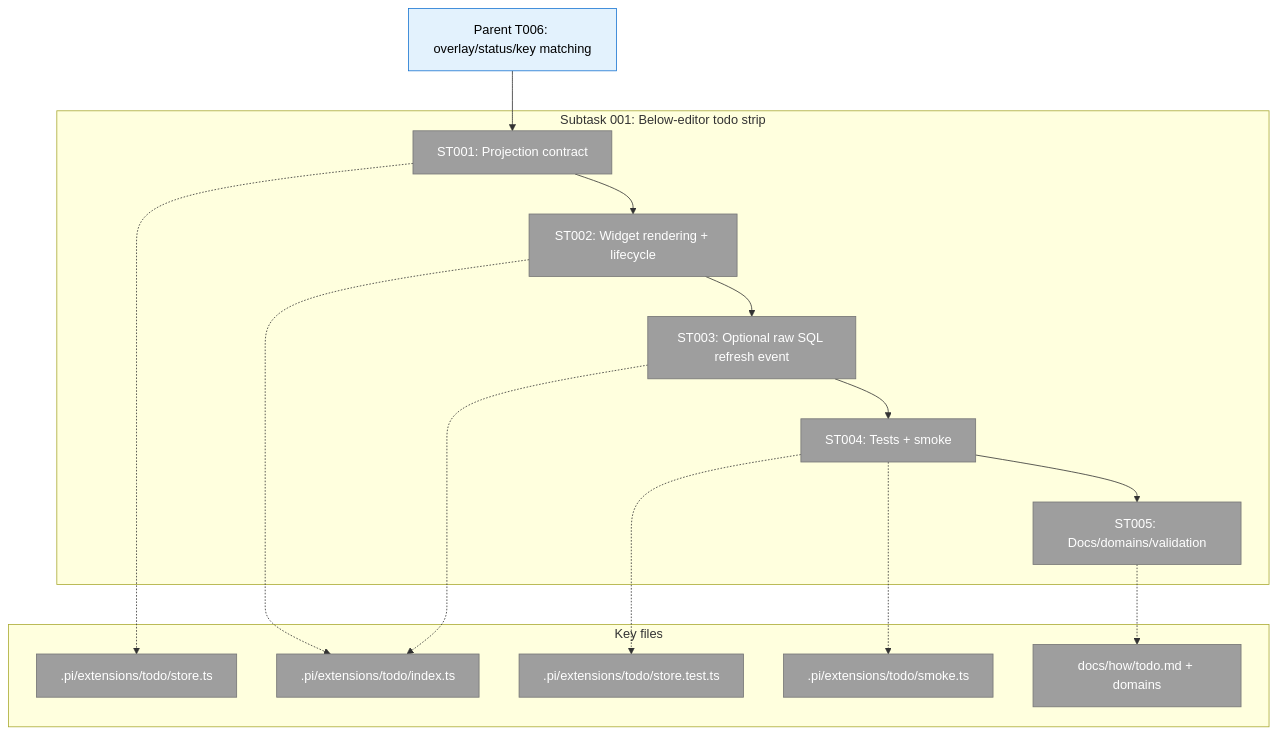
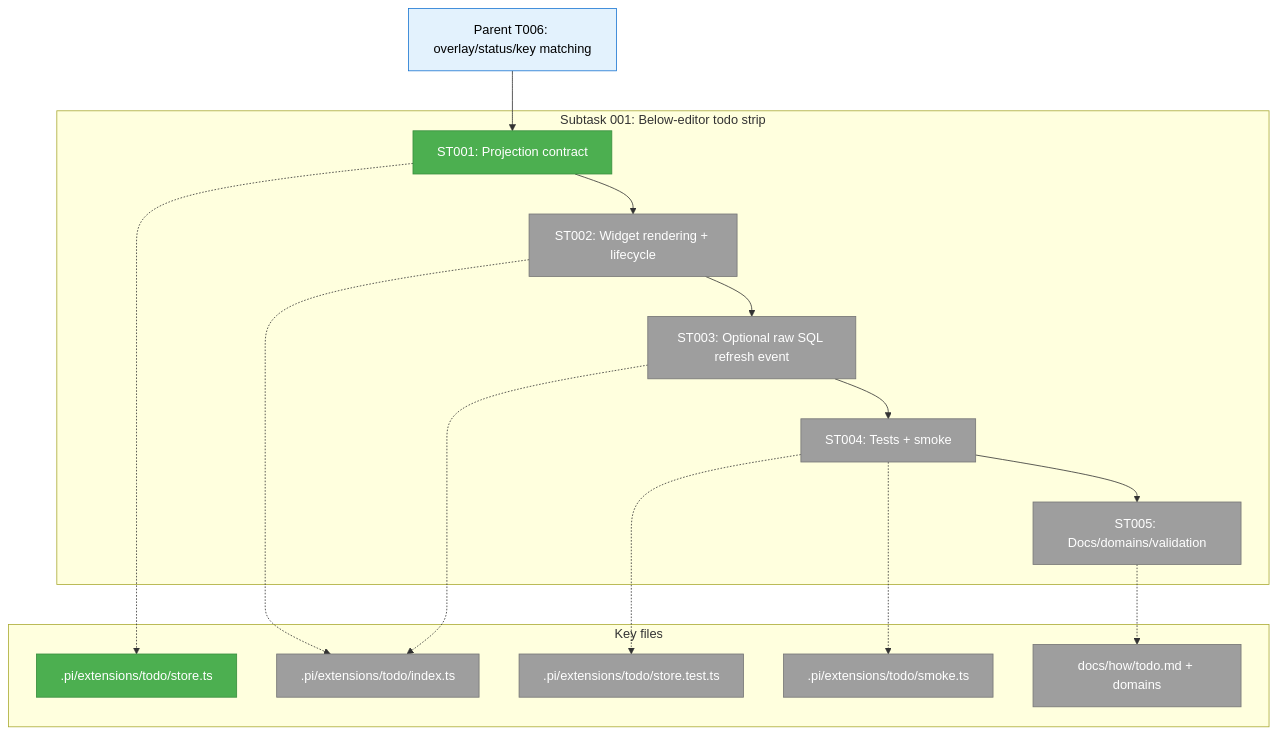
The first of 3 diagrams in docs/plans/010-sql-backed-todo-extension/tasks/phase-1-store-full-ux-validation-docs-domains/001-subtask-claude-code-style-below-editor-todo-strip.md (vaughanknight/pij), drawn with Mermaid before and after one commit. The commit also changed other lines of this file and 4 other files, not shown here.

Commit message:
feat(todo): add below-editor widget projection

````diff
--- a/docs/plans/010-sql-backed-todo-extension/tasks/phase-1-store-full-ux-validation-docs-domains/001-subtask-claude-code-style-below-editor-todo-strip.md
+++ b/docs/plans/010-sql-backed-todo-extension/tasks/phase-1-store-full-ux-validation-docs-domains/001-subtask-claude-code-style-below-editor-todo-strip.md
@@ -90,37 +90,37 @@
 ```mermaid
 flowchart TD
     classDef pending fill:#9E9E9E,stroke:#757575,color:#fff
     classDef completed fill:#4CAF50,stroke:#388E3C,color:#fff
     classDef parent fill:#E3F2FD,stroke:#1976D2,color:#000
 
     Parent["Parent T006: overlay/status/key matching"]:::parent
 
     subgraph Subtask["Subtask 001: Below-editor todo strip"]
-        ST001["ST001: Projection contract"]:::pending
+        ST001["ST001: Projection contract"]:::completed
         ST002["ST002: Widget rendering + lifecycle"]:::pending
         ST003["ST003: Optional raw SQL refresh event"]:::pending
         ST004["ST004: Tests + smoke"]:::pending
         ST005["ST005: Docs/domains/validation"]:::pending
         ST001 --> ST002
         ST002 --> ST003
         ST003 --> ST004
         ST004 --> ST005
     end
 
     Parent --> ST001
 
     subgraph Files["Key files"]
-        Store[".pi/extensions/todo/store.ts"]:::pending
+        Store[".pi/extensions/todo/store.ts"]:::completed
         Index[".pi/extensions/todo/index.ts"]:::pending
         Tests[".pi/extensions/todo/store.test.ts"]:::pending
         Smoke[".pi/extensions/todo/smoke.ts"]:::pending
         Docs["docs/how/todo.md + domains"]:::pending
     end
 
     ST001 -.-> Store
     ST002 -.-> Index
     ST003 -.-> Index
     ST004 -.-> Tests
     ST004 -.-> Smoke
     ST005 -.-> Docs
 ```
````
